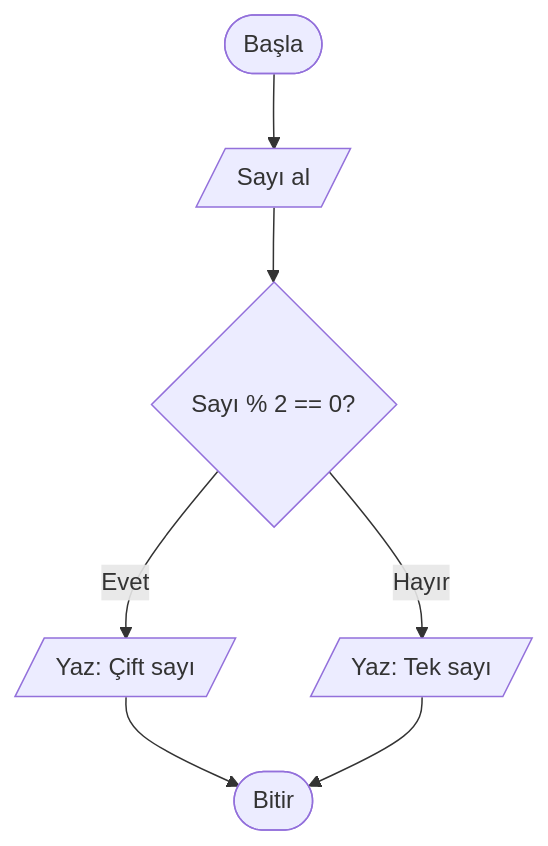
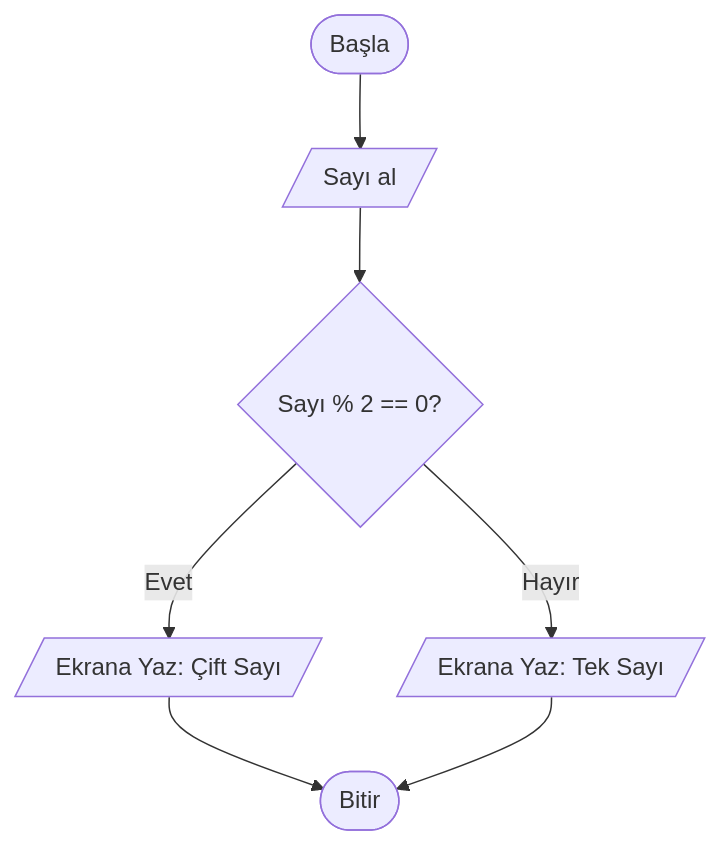
One commit to abdullatifkaban/Algorithm changed the second of 3 diagrams in Topics/02-What-Is-Flowchart.md. Above: the diagram before and after it, drawn with Mermaid. The commit also changed other lines of this file, not shown here.

````diff
--- a/Topics/02-What-Is-Flowchart.md
+++ b/Topics/02-What-Is-Flowchart.md
@@ -156,9 +165,9 @@
 ```mermaid
 flowchart TD
     A([Başla]) --> B[/Sayı al/]
     B --> C{Sayı % 2 == 0?}
-    C -- Evet --> D[/Yaz: Çift sayı/]
-    C -- Hayır --> E[/Yaz: Tek sayı/]
+    C -- Evet --> D[/Ekrana Yaz: Çift Sayı/]
+    C -- Hayır --> E[/Ekrana Yaz: Tek Sayı/]
     D --> F([Bitir])
     E --> F
 ```
````
